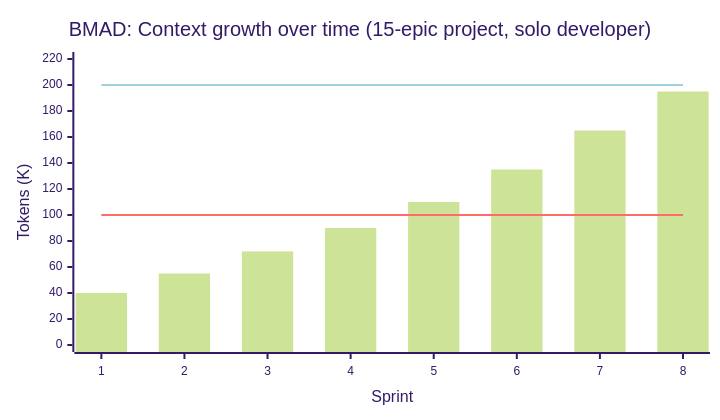
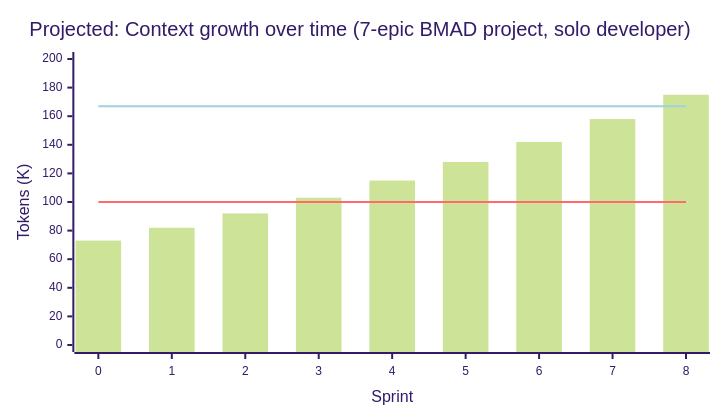
Before and after one commit to slabgorb/orc-penny: diagram 12 of 20 in docs/lifecycle-improvement-rs.md, drawn with Mermaid (forest theme). The commit also changed other lines of this file and 1 other file, not shown here.

First line of the commit message:
docs: ground charts in measured data, add spike repo separation

````diff
--- a/docs/lifecycle-improvement-rs.md
+++ b/docs/lifecycle-improvement-rs.md
@@ -496,19 +519,19 @@
 ```mermaid
 ---
 config:
   xyChart:
     width: 700
     height: 400
     xAxis:
       labelFontSize: 12
     yAxis:
       labelFontSize: 12
 ---
 xychart-beta
-    title "BMAD: Context growth over time (15-epic project, solo developer)"
-    x-axis "Sprint" [1, 2, 3, 4, 5, 6, 7, 8]
-    y-axis "Tokens (K)" 0 --> 220
-    bar [40, 55, 72, 90, 110, 135, 165, 195]
-    line [100, 100, 100, 100, 100, 100, 100, 100]
-    line [200, 200, 200, 200, 200, 200, 200, 200]
+    title "Projected: Context growth over time (7-epic BMAD project, solo developer)"
+    x-axis "Sprint" [0, 1, 2, 3, 4, 5, 6, 7, 8]
+    y-axis "Tokens (K)" 0 --> 200
+    bar [73, 82, 92, 103, 115, 128, 142, 158, 175]
+    line [100, 100, 100, 100, 100, 100, 100, 100, 100]
+    line [167, 167, 167, 167, 167, 167, 167, 167, 167]
 ```
````
